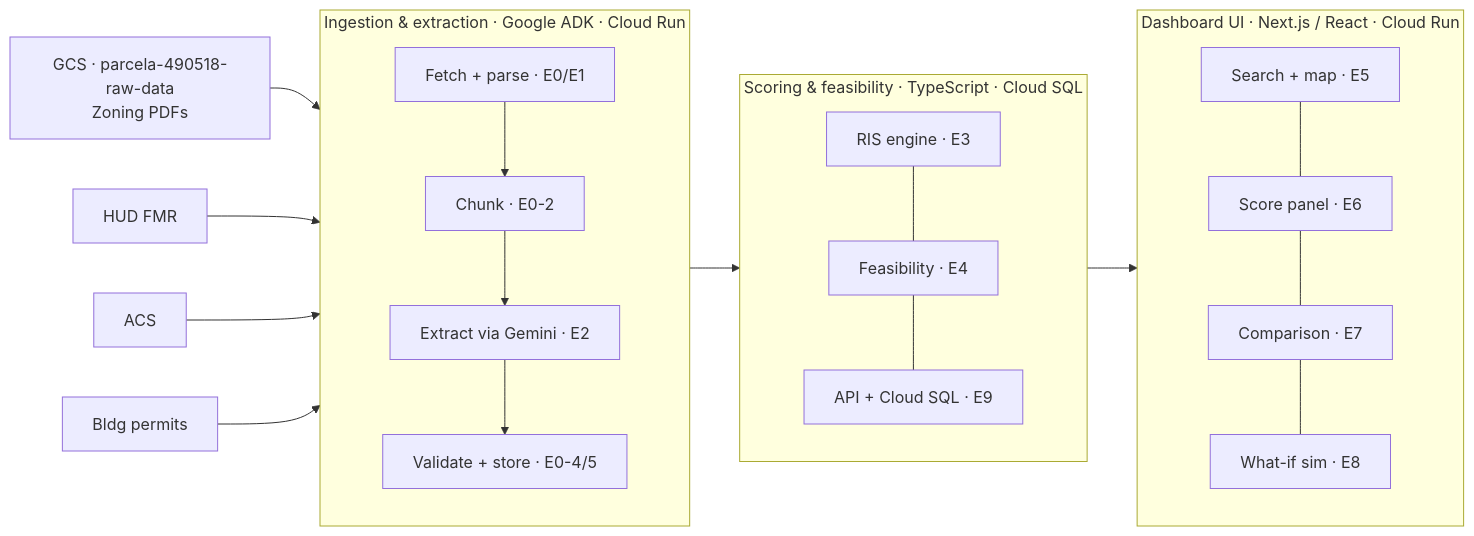
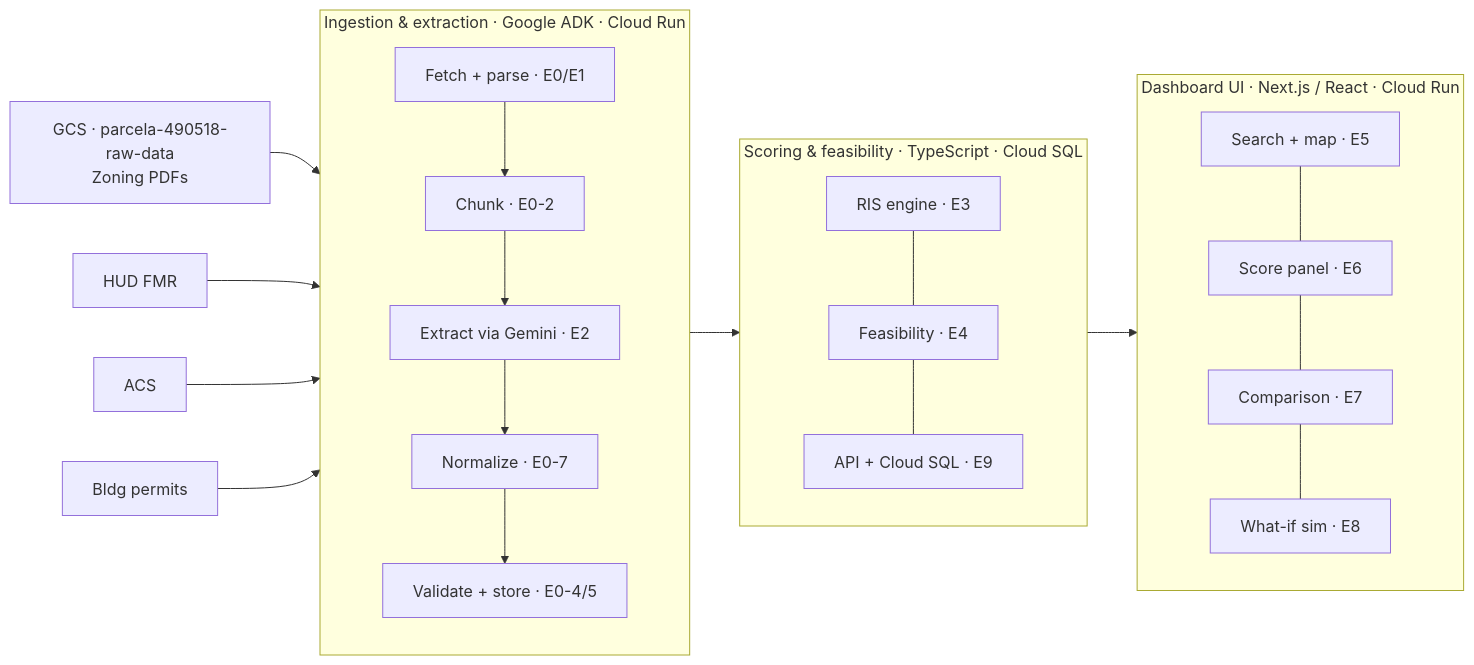
Before and after one commit to excellaco/act-iac-ai-hackathon: the diagram in docs/ARCHITECTURE.md, drawn with Mermaid. The commit also changed other lines of this file and 1 other file, not shown here.

Commit message:
docs: add normalize step to architecture diagram and mark E0-7 Done

````diff
--- a/docs/ARCHITECTURE.md
+++ b/docs/ARCHITECTURE.md
@@ -5,27 +5,27 @@
 ```mermaid
 flowchart LR
   GCS["GCS · parcela-490518-raw-data\nZoning PDFs"]
   F["HUD FMR"]
   A["ACS"]
   B["Bldg permits"]
 
   subgraph PIPE["Ingestion & extraction · Google ADK · Cloud Run"]
-    P1["Fetch + parse · E0/E1"] --> P2["Chunk · E0-2"] --> P3["Extract via Gemini · E2"] --> P4["Validate + store · E0-4/5"]
+    P1["Fetch + parse · E0/E1"] --> P2["Chunk · E0-2"] --> P3["Extract via Gemini · E2"] --> P3b["Normalize · E0-7"] --> P4["Validate + store · E0-4/5"]
   end
 
   subgraph UI["Dashboard UI · Next.js / React · Cloud Run"]
     U1["Search + map · E5"] --- U2["Score panel · E6"] --- U3["Comparison · E7"] --- U4["What-if sim · E8"]
   end
 
   subgraph SCORE["Scoring & feasibility · TypeScript · Cloud SQL"]
     S1["RIS engine · E3"] --- S2["Feasibility · E4"] --- S3["API + Cloud SQL · E9"]
   end
 
   GCS --> PIPE
   F --> PIPE
   A --> PIPE
   B --> PIPE
 
   PIPE --> SCORE
   SCORE --> UI
 ```
````
